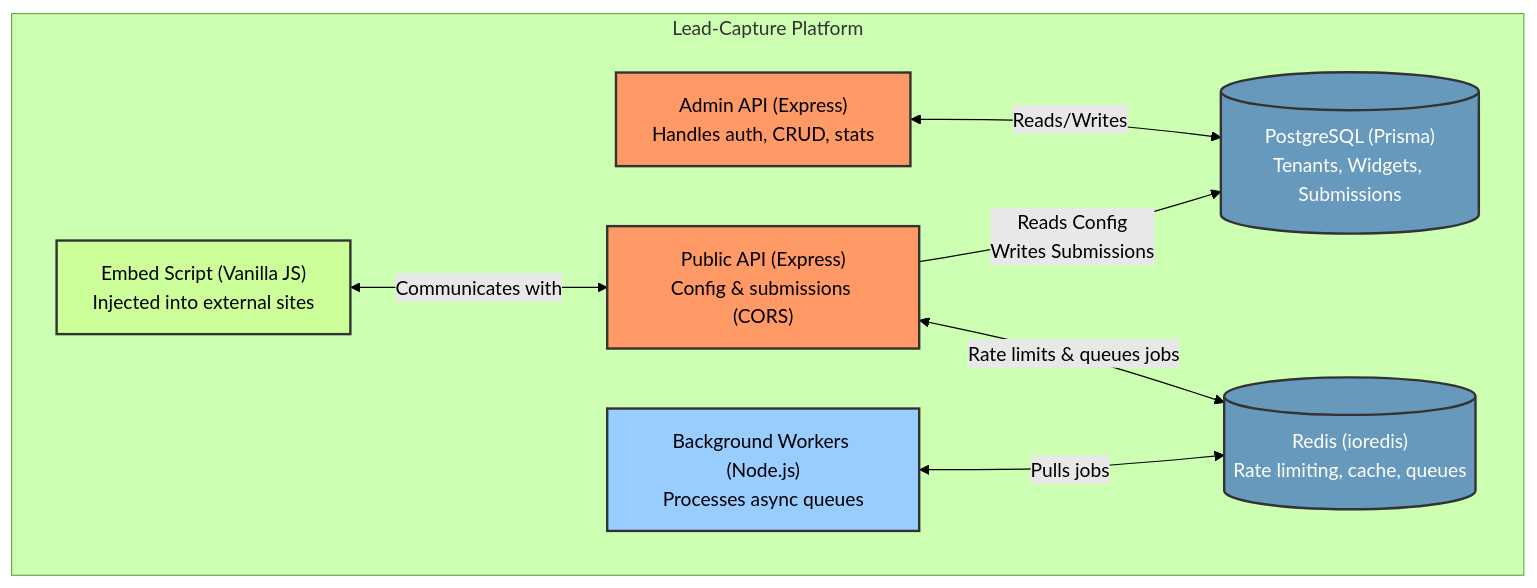
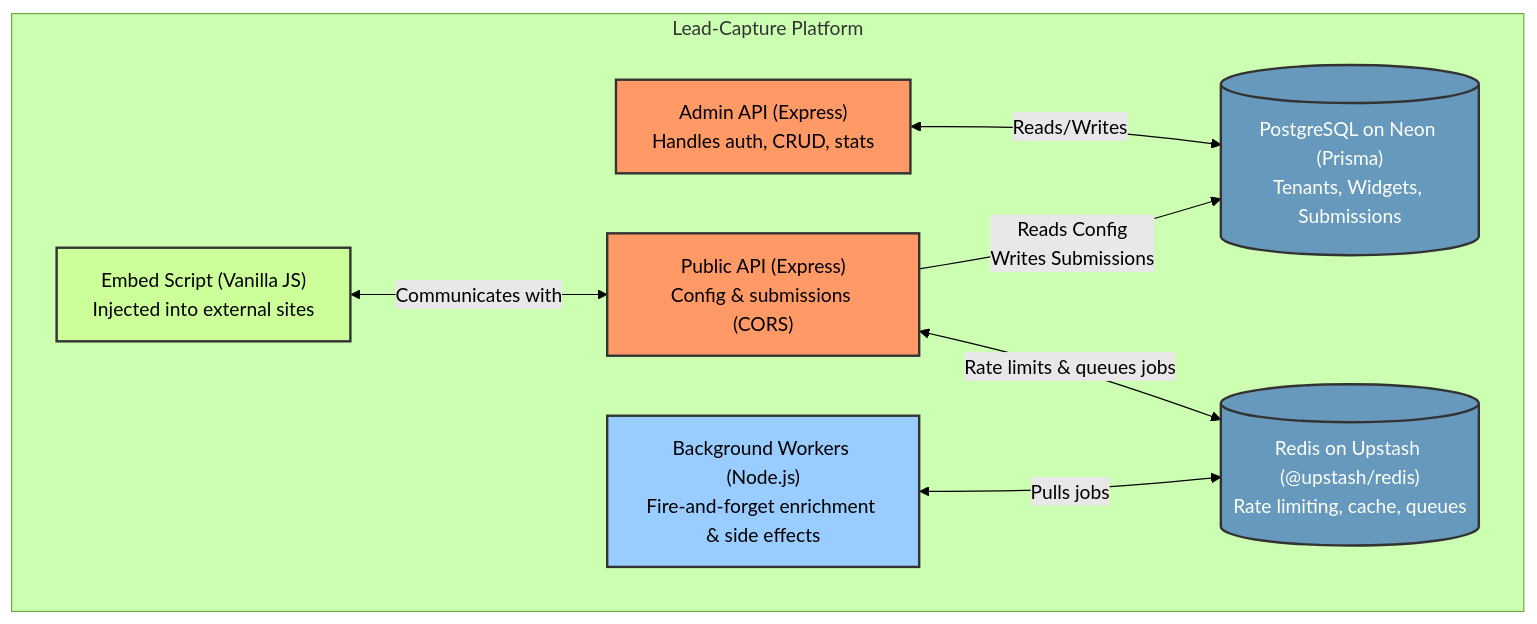
The second of 6 diagrams in capstone-project/ARCHITECTURE.md (omprakash0224/FlyRank-Internship-Program), drawn with Mermaid (forest theme) before and after one commit. The commit also changed other lines of this file and 3 other files, not shown here.

````diff
--- a/capstone-project/ARCHITECTURE.md
+++ b/capstone-project/ARCHITECTURE.md
@@ -46,29 +46,29 @@
 ```mermaid
 flowchart TD
     subgraph Platform["Lead-Capture Platform"]
         adminApi["Admin API (Express)\nHandles auth, CRUD, stats"]
         publicApi["Public API (Express)\nConfig & submissions (CORS)"]
         embedScript["Embed Script (Vanilla JS)\nInjected into external sites"]
         
-        postgres[("PostgreSQL (Prisma)\nTenants, Widgets, Submissions")]
-        redis[("Redis (ioredis)\nRate limiting, cache, queues")]
+        postgres[("PostgreSQL on Neon (Prisma)\nTenants, Widgets, Submissions")]
+        redis[("Redis on Upstash (@upstash/redis)\nRate limiting, cache, queues")]
         
-        bgWorkers["Background Workers (Node.js)\nProcesses async queues"]
+        bgWorkers["Background Workers (Node.js)\nFire-and-forget enrichment & side effects"]
     end
     
     adminApi <-->|"Reads/Writes"| postgres
     publicApi -->|"Reads Config\nWrites Submissions"| postgres
     publicApi <-->|"Rate limits & queues jobs"| redis
     bgWorkers <-->|"Pulls jobs"| redis
     embedScript <-->|"Communicates with"| publicApi
     
     classDef api fill:#f96,stroke:#333,stroke-width:2px,color:#000;
     classDef db fill:#69b,stroke:#333,stroke-width:2px,color:#fff;
     classDef worker fill:#9cf,stroke:#333,stroke-width:2px,color:#000;
     classDef script fill:#cf9,stroke:#333,stroke-width:2px,color:#000;
     
     class adminApi,publicApi api;
     class postgres,redis db;
     class bgWorkers worker;
     class embedScript script;
 ```
````
